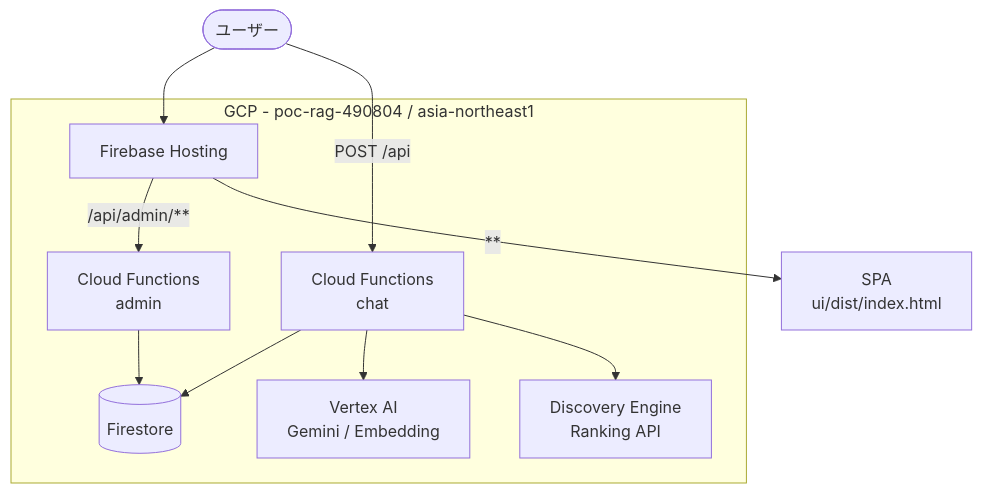
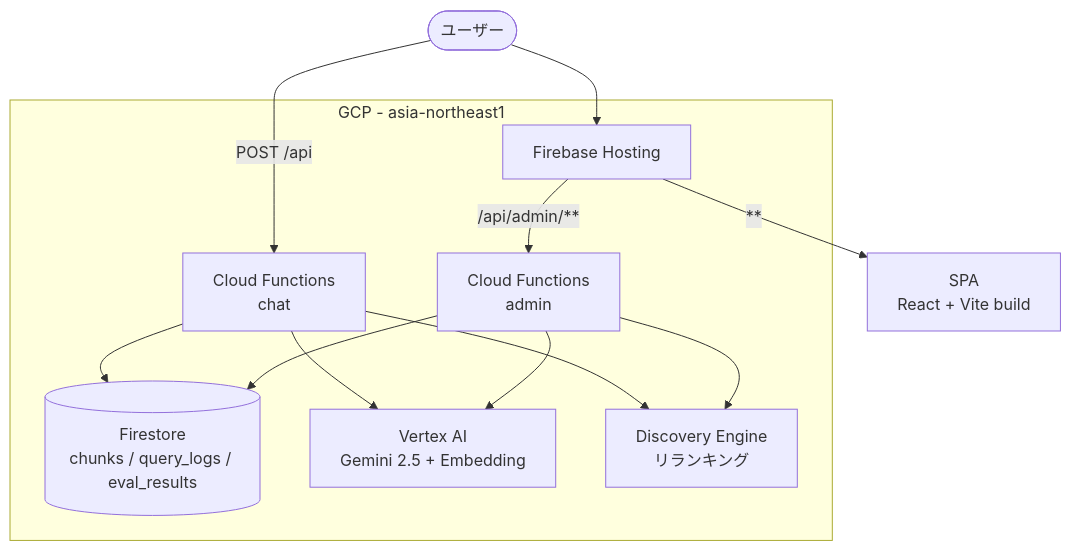
The first of 2 diagrams in doc/spec/infra/infrastructure.md (ishimori/poc_rag_gcp_public), drawn with Mermaid before and after one commit. The commit also changed other lines of this file and 9 other files, not shown here.

````diff
--- a/doc/spec/infra/infrastructure.md
+++ b/doc/spec/infra/infrastructure.md
@@ -7,21 +9,23 @@
 ```mermaid
 graph TB
     User([ユーザー]) --> Hosting[Firebase Hosting]
     Hosting -->|"/api/admin/**"| AdminFn[Cloud Functions<br/>admin]
-    Hosting -->|"**"| SPA[SPA<br/>ui/dist/index.html]
+    Hosting -->|"**"| SPA[SPA<br/>React + Vite build]
     User -->|"POST /api"| ChatFn[Cloud Functions<br/>chat]
 
-    ChatFn --> Firestore[(Firestore)]
-    ChatFn --> VertexAI[Vertex AI<br/>Gemini / Embedding]
-    ChatFn --> DiscoveryEngine[Discovery Engine<br/>Ranking API]
+    ChatFn --> Firestore[(Firestore<br/>chunks / query_logs / eval_results)]
+    ChatFn --> VertexAI[Vertex AI<br/>Gemini 2.5 + Embedding]
+    ChatFn --> DiscoveryEngine[Discovery Engine<br/>リランキング]
     AdminFn --> Firestore
+    AdminFn --> VertexAI
+    AdminFn --> DiscoveryEngine
 
-    subgraph GCP [GCP - poc-rag-490804 / asia-northeast1]
+    subgraph GCP [GCP - asia-northeast1]
         Hosting
         ChatFn
         AdminFn
         Firestore
         VertexAI
         DiscoveryEngine
     end
 ```
````
